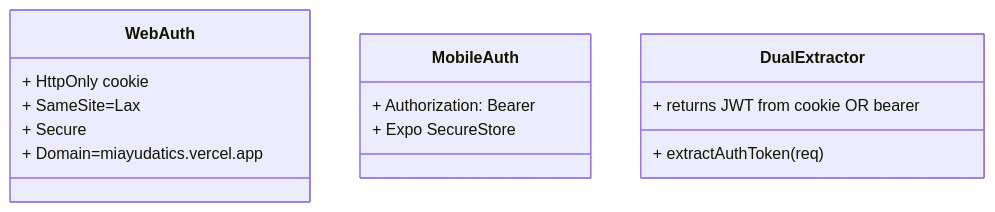
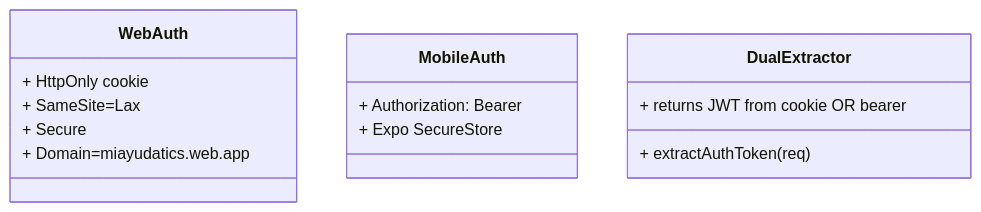
One commit to JuanVa092002/Mi_Ayuda_Tics changed the second of 6 diagrams in docs/canonical/ARCHITECTURE.md. Above: the diagram before and after it, drawn with Mermaid. The commit also changed other lines of this file and 5 other files, not shown here.

````diff
--- a/docs/canonical/ARCHITECTURE.md
+++ b/docs/canonical/ARCHITECTURE.md
@@ -57,17 +57,17 @@
 ```mermaid
 classDiagram
   class WebAuth {
     + HttpOnly cookie
     + SameSite=Lax
     + Secure
-    + Domain=miayudatics.vercel.app
+    + Domain=miayudatics.web.app
   }
   class MobileAuth {
     + Authorization: Bearer <JWT>
     + Expo SecureStore
   }
   class DualExtractor {
     + extractAuthToken(req)
     + returns JWT from cookie OR bearer
   }
 ```
````
